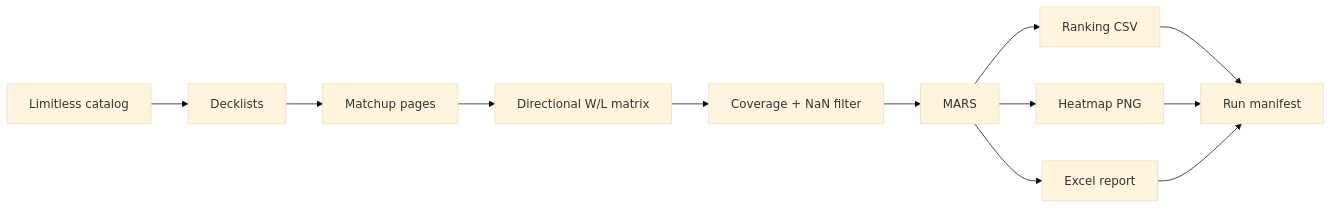
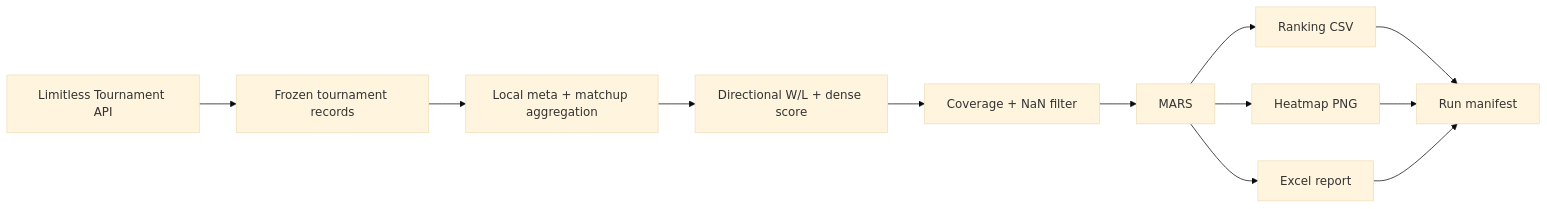
One commit to indren9/ptcgp_ranking changed the first of 2 diagrams in README.md. Above: the diagram before and after it, drawn with Mermaid (base theme). The commit also changed other lines of this file and 5 other files, not shown here.

Commit message:
feat(acquisition): make Tournament API default for Pocket

````diff
--- a/README.md
+++ b/README.md
@@ -83,14 +100,14 @@
 ```mermaid
 flowchart LR
-    A[Limitless catalog] --> B[Decklists]
-    B --> C[Matchup pages]
-    C --> D[Directional W/L matrix]
+    A[Limitless Tournament API] --> B[Frozen tournament records]
+    B --> C[Local meta + matchup aggregation]
+    C --> D[Directional W/L + dense score]
     D --> E[Coverage + NaN filter]
     E --> F[MARS]
     F --> G[Ranking CSV]
     F --> H[Heatmap PNG]
     F --> I[Excel report]
     G --> J[Run manifest]
     H --> J
     I --> J
 ```
````
